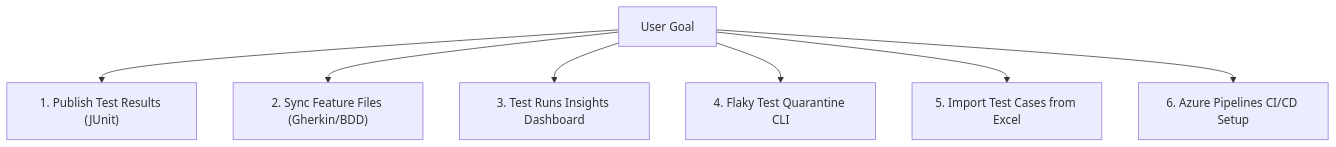
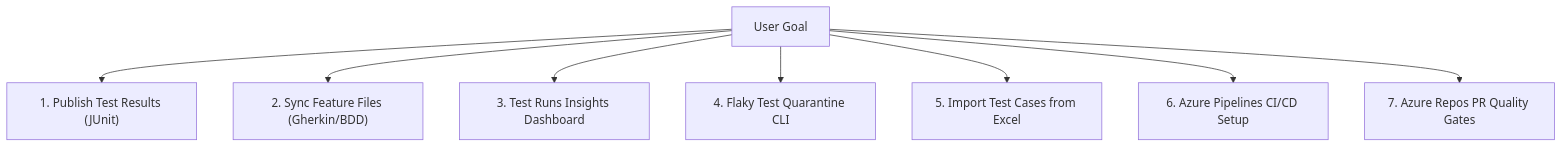
The diagram in README.md (777abhi/ado-test-reporter), drawn with Mermaid before and after one commit. The commit also changed other lines of this file and 2 other files, not shown here.

Commit message:
docs: document Azure Repos PR Quality Gates and expose CLI flags

````diff
--- a/README.md
+++ b/README.md
@@ -86,9 +86,10 @@
 ```mermaid
 flowchart TD
     Start["User Goal"] --> W1["1. Publish Test Results (JUnit)"]
     Start --> W2["2. Sync Feature Files (Gherkin/BDD)"]
     Start --> W3["3. Test Runs Insights Dashboard"]
     Start --> W4["4. Flaky Test Quarantine CLI"]
     Start --> W5["5. Import Test Cases from Excel"]
     Start --> W6["6. Azure Pipelines CI/CD Setup"]
+    Start --> W7["7. Azure Repos PR Quality Gates"]
 ```
````
